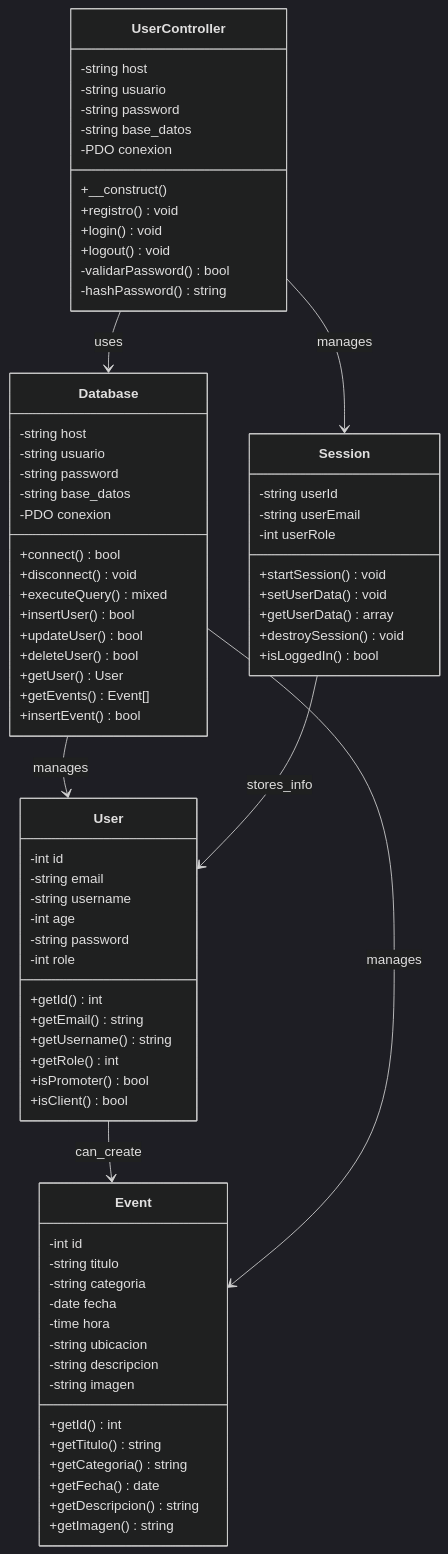
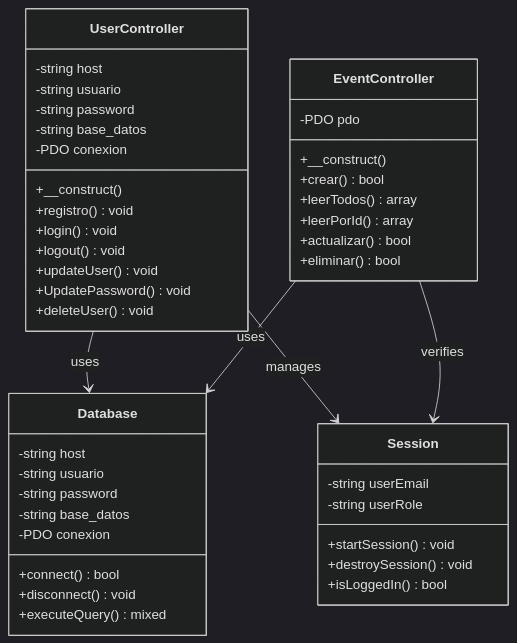
The first of 4 diagrams in README.md (JohnnyRib/Zentry), drawn with Mermaid (dark theme) before and after one commit. The commit also changed other lines of this file, not shown here.

````diff
--- a/README.md
+++ b/README.md
@@ -57,42 +64,19 @@
         +registro() void
         +login() void
         +logout() void
-        -validarPassword() bool
-        -hashPassword() string
+        +updateUser() void
+        +UpdatePassword() void
+        +deleteUser() void
     }
     
-    class User {
-        -int id
-        -string email
-        -string username
-        -int age
-        -string password
-        -int role
-        
-        +getId() int
-        +getEmail() string
-        +getUsername() string
-        +getRole() int
-        +isPromoter() bool
-        +isClient() bool
-    }
-    
-    class Event {
-        -int id
-        -string titulo
-        -string categoria
-        -date fecha
-        -time hora
-        -string ubicacion
-        -string descripcion
-        -string imagen
-        
-        +getId() int
-        +getTitulo() string
-        +getCategoria() string
-        +getFecha() date
-        +getDescripcion() string
-        +getImagen() string
+    class EventController {
+        -PDO pdo
+        +__construct()
+        +crear() bool
+        +leerTodos() array
+        +leerPorId() array
+        +actualizar() bool
+        +eliminar() bool
     }
     
     class Database {
@@ -105,30 +89,19 @@
         +connect() bool
         +disconnect() void
         +executeQuery() mixed
-        +insertUser() bool
-        +updateUser() bool
-        +deleteUser() bool
-        +getUser() User
-        +getEvents() Event[]
-        +insertEvent() bool
     }
     
     class Session {
-        -string userId
         -string userEmail
-        -int userRole
+        -string userRole
         
         +startSession() void
-        +setUserData() void
-        +getUserData() array
         +destroySession() void
         +isLoggedIn() bool
     }
     
     UserController --> Database : uses
     UserController --> Session : manages
-    User --> Event : can_create
-    Database --> User : manages
-    Database --> Event : manages
-    Session --> User : stores_info
+    EventController --> Database : uses
+    EventController --> Session : verifies
 ```
````
